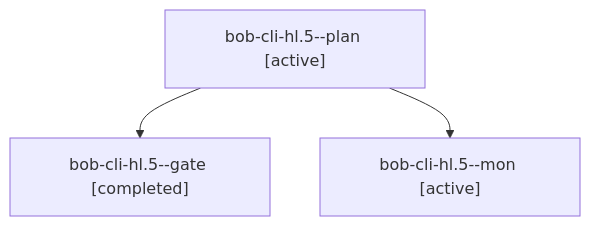
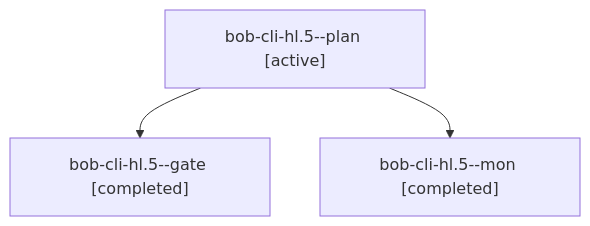
Before and after one commit to bobs-org/bob-cli--agents: the diagram in sessions/bbugyi200.athena.bob-cli-hl.5.md, drawn with Mermaid. The commit also changed other lines of this file and 90 other files, not shown here.

````diff
--- a/sessions/bbugyi200.athena.bob-cli-hl.5.md
+++ b/sessions/bbugyi200.athena.bob-cli-hl.5.md
@@ -9,8 +9,8 @@
 ```mermaid
 flowchart TD
   n0["bob-cli-hl.5--plan [active]"]
   n1["bob-cli-hl.5--gate [completed]"]
   n0 --> n1
-  n2["bob-cli-hl.5--mon [active]"]
+  n2["bob-cli-hl.5--mon [completed]"]
   n0 --> n2
 ```
````
